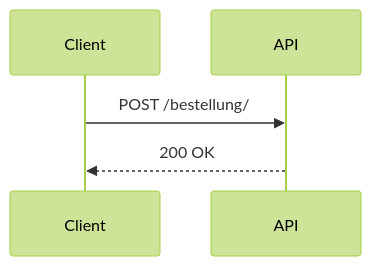
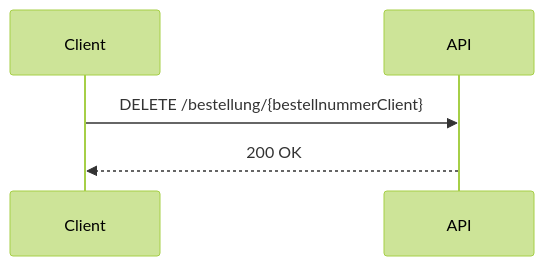
Before and after one commit to weischertechlab/ooh-api-docs: the fourth of 7 diagrams in docs/bestellungen/2_API-only-integration.md, drawn with Mermaid (forest theme). The commit also changed other lines of this file and 3 other files, not shown here.

````diff
--- a/docs/bestellungen/2_API-only-integration.md
+++ b/docs/bestellungen/2_API-only-integration.md
@@ -11,5 +46,5 @@
 ``` mermaid
 sequenceDiagram
-    Client->>API: POST /bestellung/
+    Client->>API: DELETE /bestellung/{bestellnummerClient}
     API-->>Client: 200 OK
 ```
````
